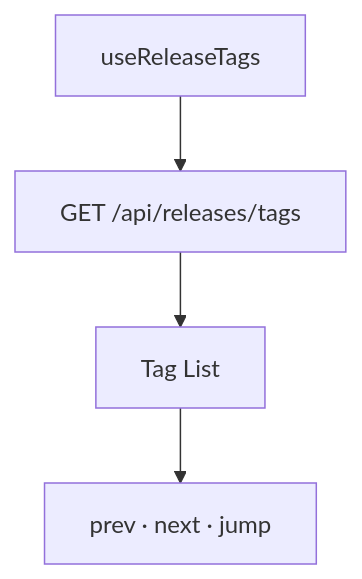
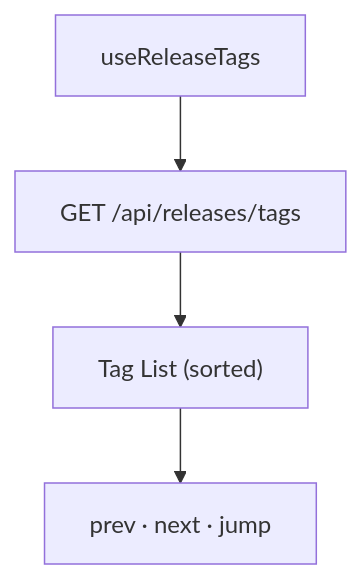
One commit to bartytime4life/Kansas-Frontier-Matrix changed the fifth of 6 diagrams in web/src/entities/diff-first/hooks/README.md. Above: the diagram before and after it, drawn with Mermaid. The commit also changed other lines of this file, not shown here.

````diff
--- a/web/src/entities/diff-first/hooks/README.md
+++ b/web/src/entities/diff-first/hooks/README.md
@@ -163,6 +258,6 @@
-```mermaid
+~~~mermaid
 flowchart TD
     HOOK["useReleaseTags"] --> FETCH["GET /api/releases/tags"]
-    FETCH --> LIST["Tag List"]
+    FETCH --> LIST["Tag List (sorted)"]
     LIST --> NAV["prev · next · jump"]
-```
+~~~
````
